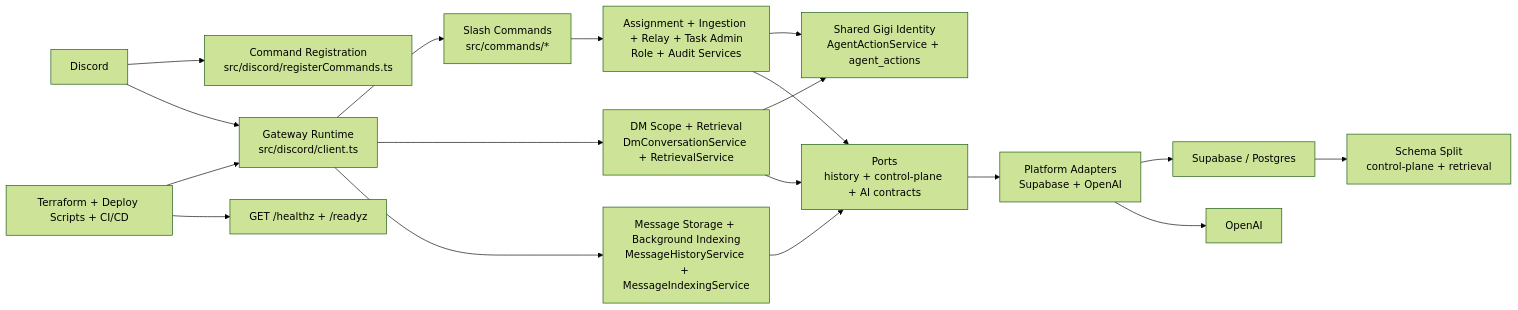
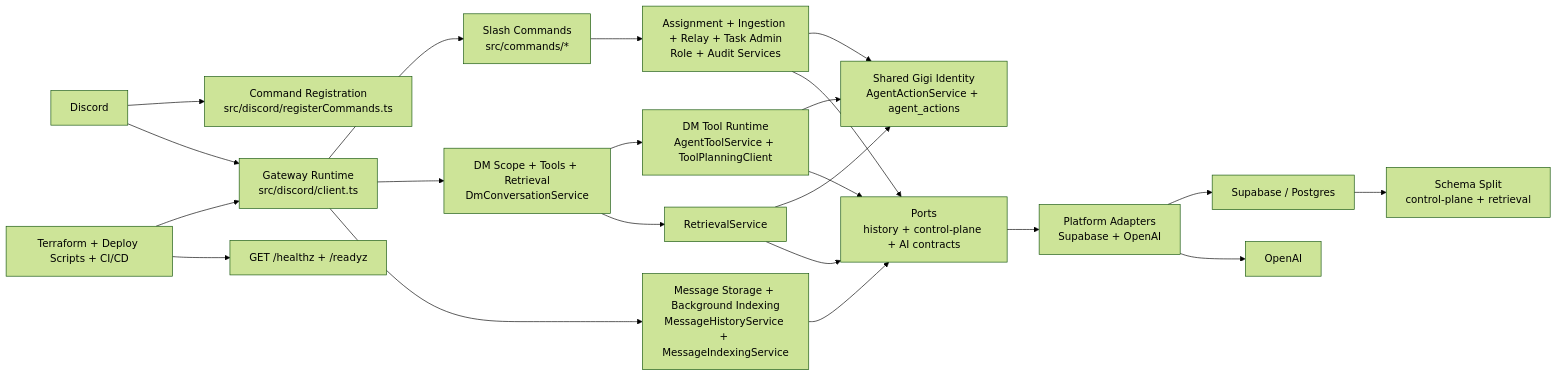
One commit to gOps132/GigiDC changed the diagram in docs/diagrams/system-overview.md. Above: the diagram before and after it, drawn with Mermaid (forest theme). The commit also changed other lines of this file and 16 other files, not shown here.

````diff
--- a/docs/diagrams/system-overview.md
+++ b/docs/diagrams/system-overview.md
@@ -5,35 +5,41 @@
 ```mermaid
 flowchart LR
   Discord["Discord"]
   Register["Command Registration<br/>src/discord/registerCommands.ts"]
   Gateway["Gateway Runtime<br/>src/discord/client.ts"]
   Commands["Slash Commands<br/>src/commands/*"]
-  DMFlow["DM Scope + Retrieval<br/>DmConversationService + RetrievalService"]
+  DMFlow["DM Scope + Tools + Retrieval<br/>DmConversationService"]
+  ToolRuntime["DM Tool Runtime<br/>AgentToolService + ToolPlanningClient"]
+  Retrieval["RetrievalService"]
   History["Message Storage + Background Indexing<br/>MessageHistoryService + MessageIndexingService"]
   SharedIdentity["Shared Gigi Identity<br/>AgentActionService + agent_actions"]
   Admin["Assignment + Ingestion + Relay + Task Admin<br/>Role + Audit Services"]
   Ports["Ports<br/>history + control-plane + AI contracts"]
   Adapters["Platform Adapters<br/>Supabase + OpenAI"]
   DB["Supabase / Postgres"]
   Schema["Schema Split<br/>control-plane + retrieval"]
   Ops["Terraform + Deploy Scripts + CI/CD"]
   Health["GET /healthz + /readyz"]
 
   Discord --> Register
   Discord --> Gateway
   Gateway --> Commands
   Gateway --> DMFlow
+  DMFlow --> ToolRuntime
+  DMFlow --> Retrieval
   Gateway --> History
-  DMFlow --> SharedIdentity
+  ToolRuntime --> SharedIdentity
+  Retrieval --> SharedIdentity
   Commands --> Admin
   Admin --> SharedIdentity
   Admin --> Ports
-  DMFlow --> Ports
+  ToolRuntime --> Ports
+  Retrieval --> Ports
   History --> Ports
   Ports --> Adapters
   Adapters --> DB
   Adapters --> OpenAI["OpenAI"]
   DB --> Schema
   Ops --> Gateway
   Ops --> Health
 ```
````
